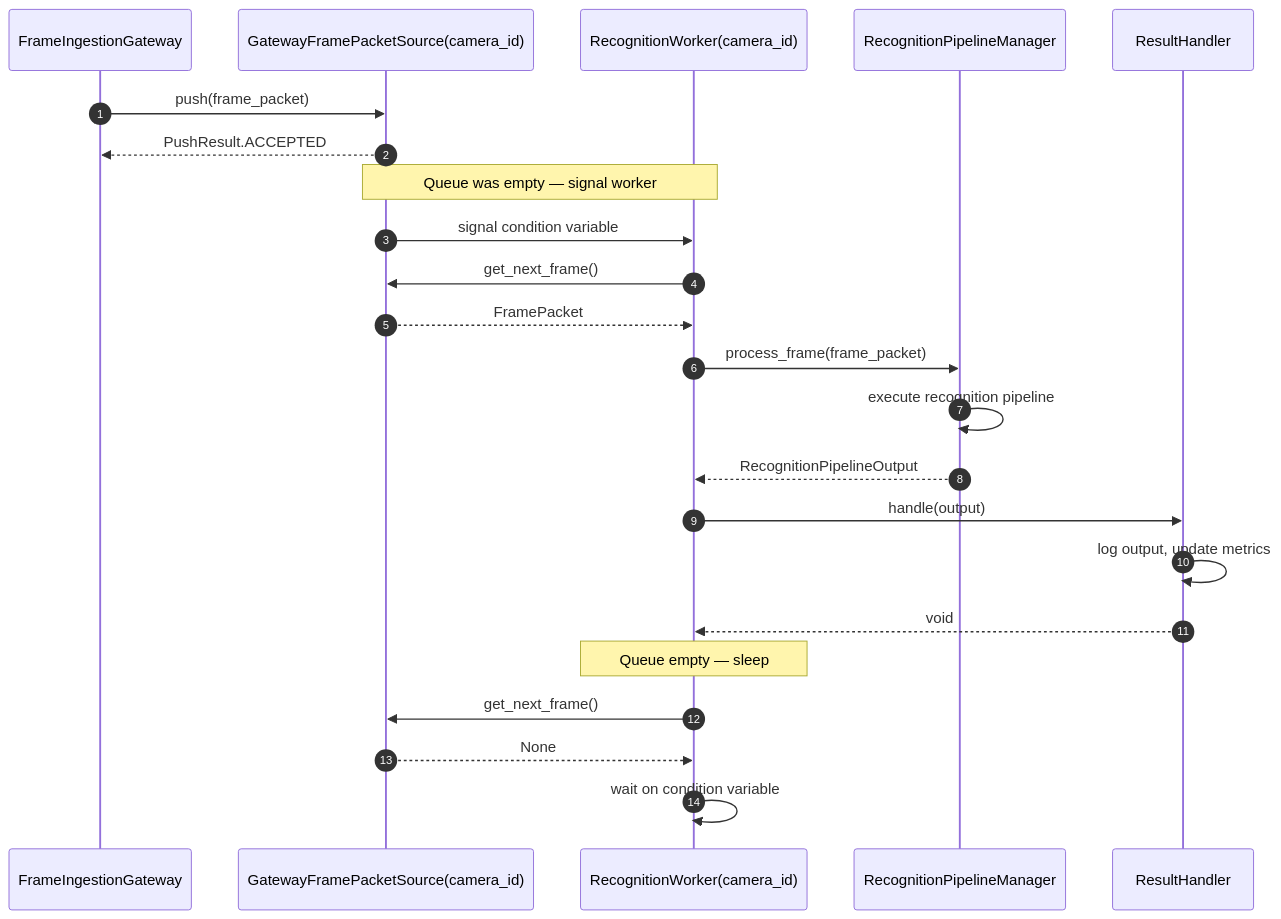
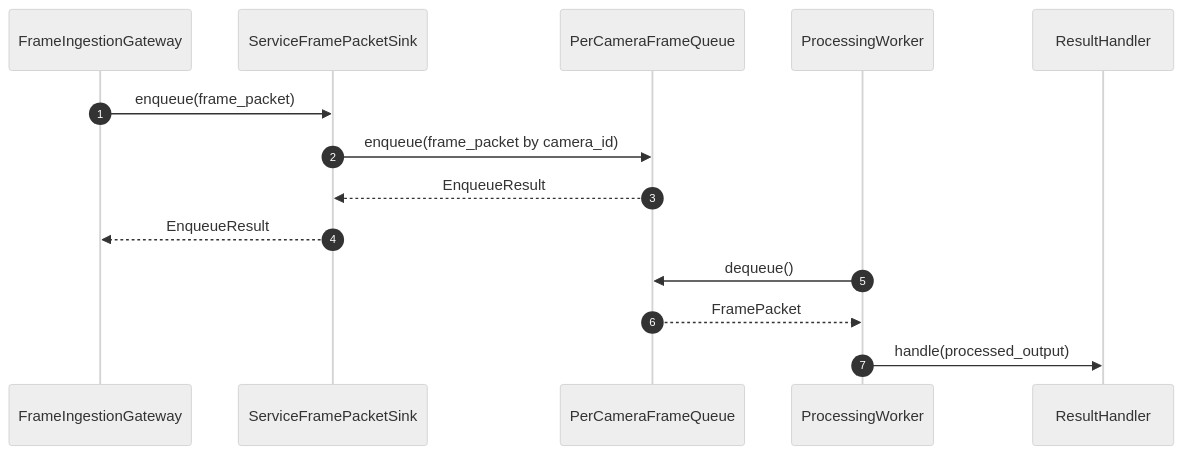
One commit to talifruman/camera-recognition changed the third of 4 diagrams in doc/image_processing_service/image_processing_service.md. Above: the diagram before and after it, drawn with Mermaid. The commit also changed other lines of this file and 105 other files, not shown here.

Commit message:
Implement image processing service architecture updates

````diff
--- a/doc/image_processing_service/image_processing_service.md
+++ b/doc/image_processing_service/image_processing_service.md
@@ -635,30 +638,19 @@
 ```mermaid
+%%{init: {'theme': 'neutral'}}%%
 sequenceDiagram
     autonumber
     participant GW as FrameIngestionGateway
-    participant SRC as GatewayFramePacketSource(camera_id)
-    participant WORKER as RecognitionWorker(camera_id)
-    participant RPM as RecognitionPipelineManager
+    participant SINK as ServiceFramePacketSink
+    participant Q as PerCameraFrameQueue
+    participant W as ProcessingWorker
     participant RH as ResultHandler
 
-    GW->>SRC: push(frame_packet)
-    SRC-->>GW: PushResult.ACCEPTED
+    GW->>SINK: enqueue(frame_packet)
+    SINK->>Q: enqueue(frame_packet by camera_id)
+    Q-->>SINK: EnqueueResult
+    SINK-->>GW: EnqueueResult
 
-    Note over SRC,WORKER: Queue was empty — signal worker
-    SRC->>WORKER: signal condition variable
-
-    WORKER->>SRC: get_next_frame()
-    SRC-->>WORKER: FramePacket
-    WORKER->>RPM: process_frame(frame_packet)
-    RPM->>RPM: execute recognition pipeline
-    RPM-->>WORKER: RecognitionPipelineOutput
-
-    WORKER->>RH: handle(output)
-    RH->>RH: log output, update metrics
-    RH-->>WORKER: void
-
-    Note over WORKER: Queue empty — sleep
-    WORKER->>SRC: get_next_frame()
-    SRC-->>WORKER: None
-    WORKER->>WORKER: wait on condition variable
+    W->>Q: dequeue()
+    Q-->>W: FramePacket
+    W->>RH: handle(processed_output)
 ```
````
